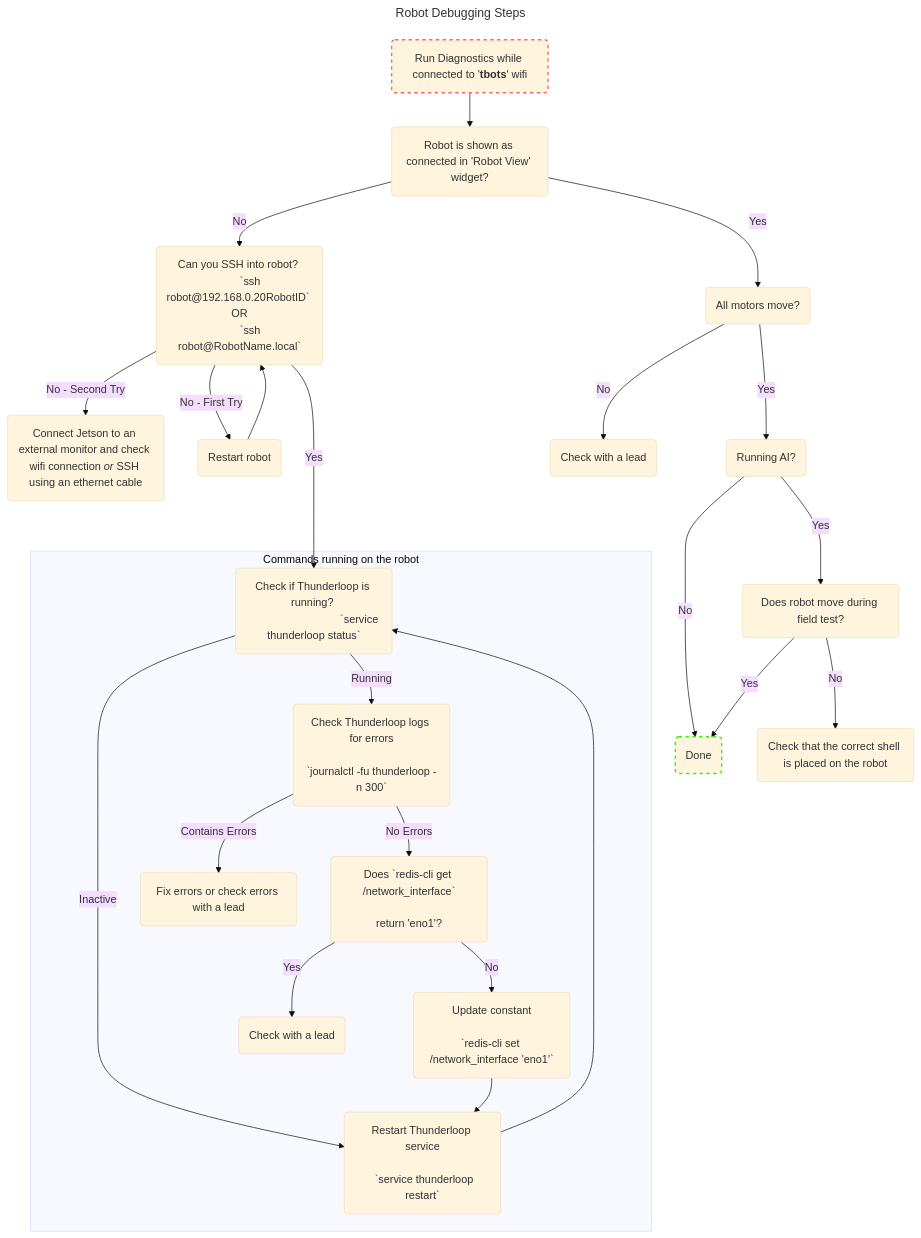
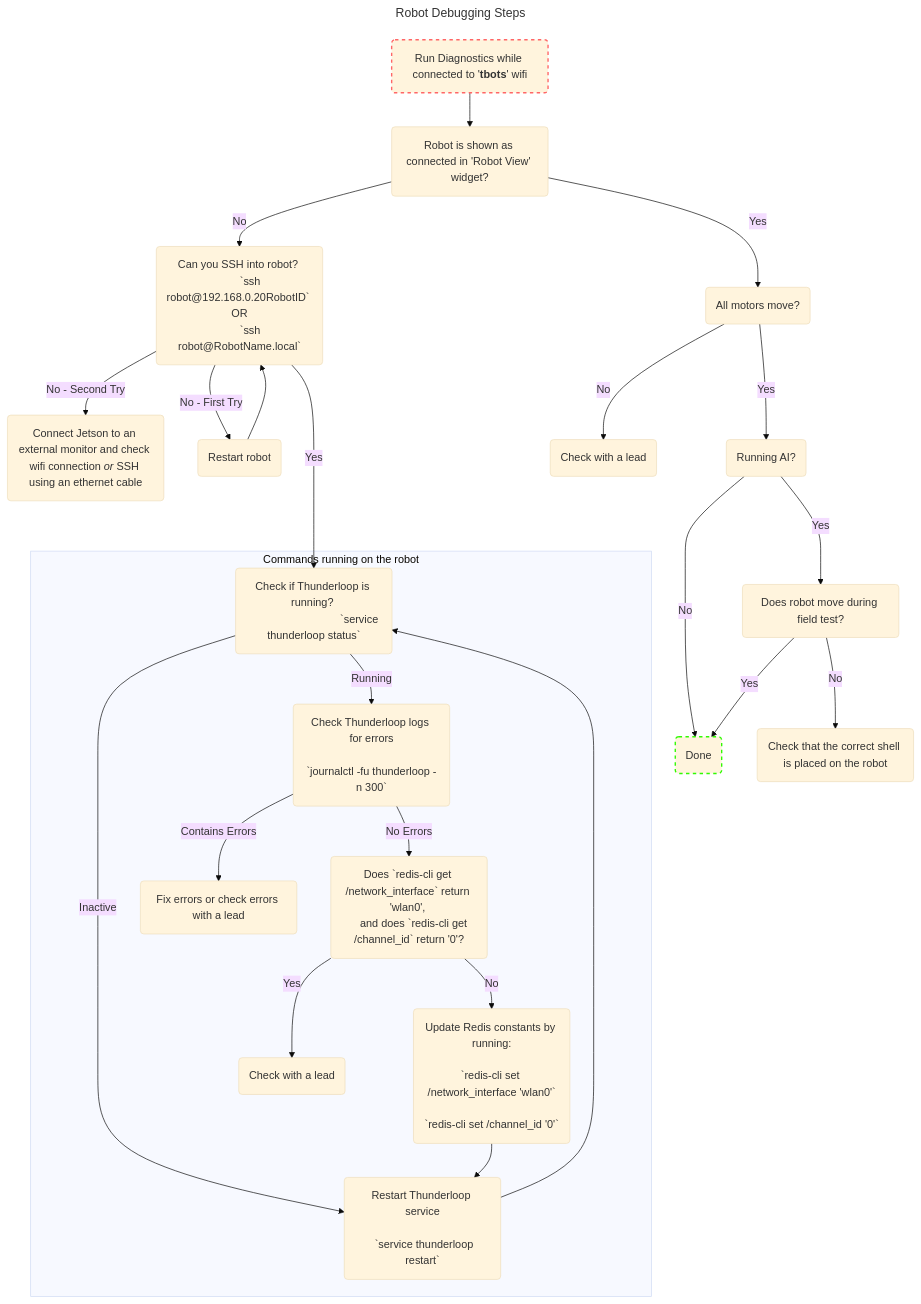
Before and after one commit to UBC-Thunderbots/Software: the diagram in docs/useful-robot-commands.md, drawn with Mermaid (base theme).

Commit message:
Update redis commands

````diff
--- a/docs/useful-robot-commands.md
+++ b/docs/useful-robot-commands.md
@@ -19,46 +19,47 @@
 ```mermaid
 ---
 title: Robot Debugging Steps
 ---
 flowchart TD
     ssh(Can you SSH into robot? 
         `ssh robot@192.168.0.20RobotID` OR
         `ssh robot@RobotName.local`)
     ssh ---> |Yes| tloop_status
     ssh --> |No - Second Try| monitor("`Connect Jetson to an external monitor and check wifi connection _or_ SSH using an ethernet cable`")
     ssh --> |No - First Try| restart(Restart robot)
     restart --> ssh
 
     diagnostics("`Run Diagnostics while connected to '**tbots**' wifi`") --> robot_view
     robot_view(Robot is shown as connected in 'Robot View' widget?) --> |Yes| check_motors(All motors move?)
     style diagnostics stroke:#f66,stroke-width:2px,stroke-dasharray: 5 5
 
     check_motors -->|Yes| field_test(Running AI?)
     field_test -->|No| done(Done)
     style done stroke:#30fa02,stroke-width:2px,stroke-dasharray: 5 5
     field_test -->|Yes| field_test_moves(Does robot move during field test?)
     field_test_moves --> |No| check_shell("`Check that the correct shell is placed on the robot`")
     check_shell
     field_test_moves --> |Yes| done
 
     robot_view --> |No| ssh
     check_motors -->|No| rip
     rip(Check with a lead)
                   
     subgraph ssh_graph [Commands running on the robot]
     tloop_status(Check if Thunderloop is running? 
                                `service thunderloop status`)
     tloop_status --> |Inactive| tloop_restart(Restart Thunderloop service
                                               `service thunderloop restart`)
     tloop_status --> |Running| tloop_logs(Check Thunderloop logs for errors
                                           `journalctl -fu thunderloop -n 300`)
-    tloop_logs --> |No Errors| check_redis(Does `redis-cli get /network_interface`
-                                           return 'eno1'?)
+    tloop_logs --> |No Errors| check_redis(Does `redis-cli get /network_interface` return 'wlan0', 
+    and does `redis-cli get /channel_id` return '0'?)
     tloop_logs --> |Contains Errors| rip2("`Fix errors or check errors with a lead`")
-    check_redis --> |No| update_redis(Update constant
-                                      `redis-cli set /network_interface 'eno1'`)
+    check_redis --> |No| update_redis(Update Redis constants by running:
+                                      `redis-cli set /network_interface 'wlan0'`
+                                      `redis-cli set /channel_id '0'`)
     check_redis --> |Yes| rip3(Check with a lead)
     update_redis --> tloop_restart
     tloop_restart --> tloop_status
     end
 ```
````
